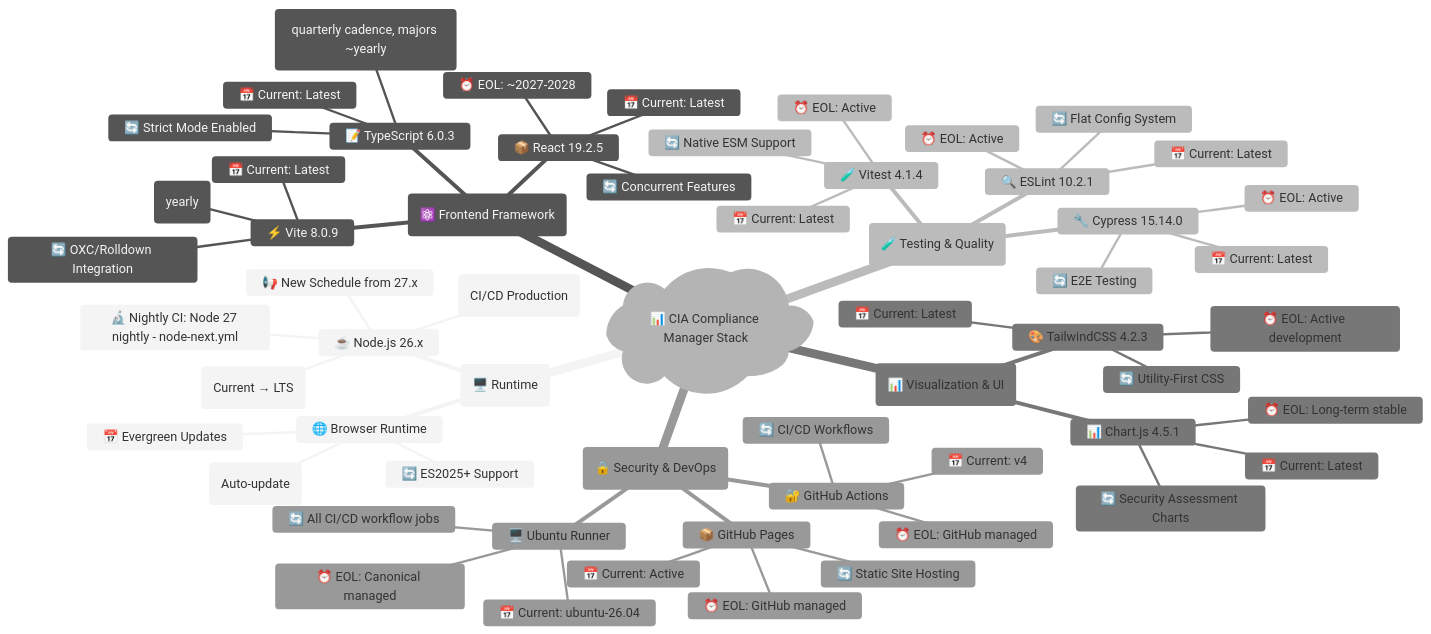
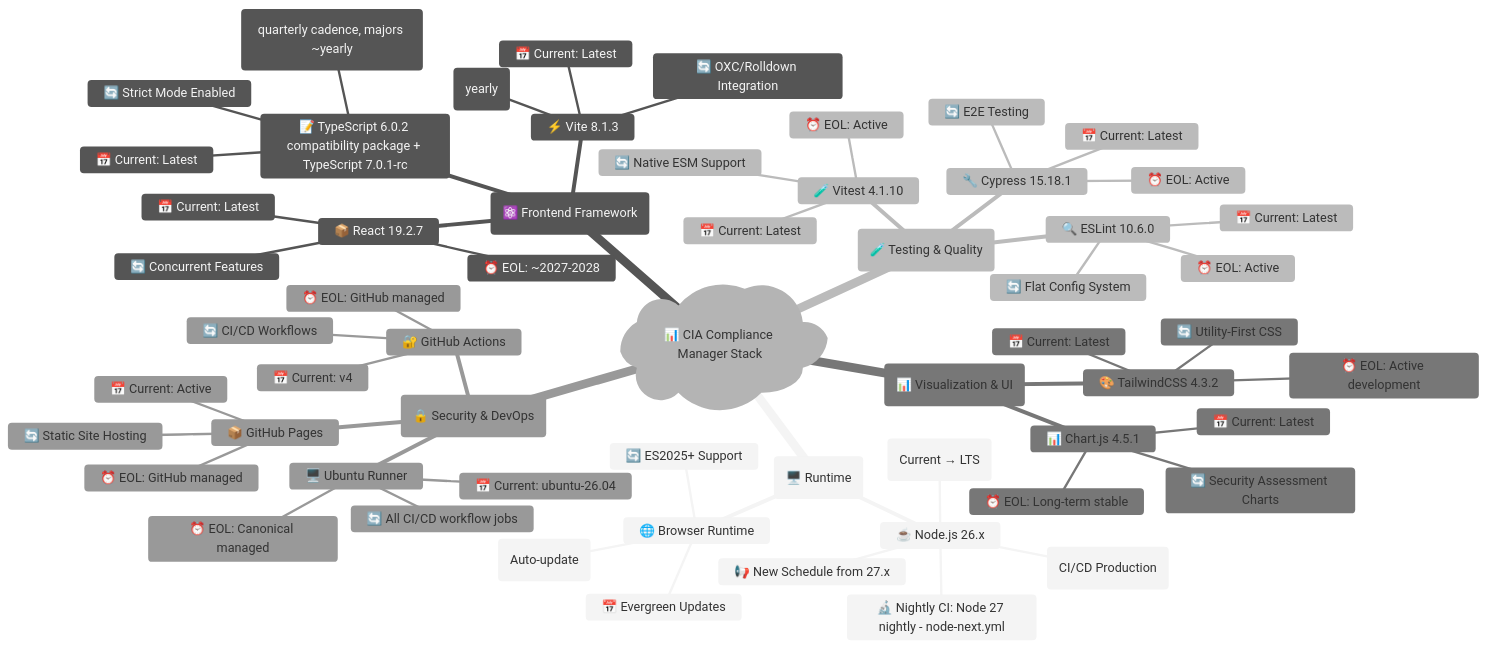
One commit to Hack23/cia-compliance-manager changed the first of 9 diagrams in docs/End-of-Life-Strategy.md. Above: the diagram before and after it, drawn with Mermaid. The commit also changed other lines of this file and 3 other files, not shown here.

Commit message:
Align TypeScript aliases with TS 7 RC toolchain

````diff
--- a/docs/End-of-Life-Strategy.md
+++ b/docs/End-of-Life-Strategy.md
@@ -51,63 +51,63 @@
 ```mermaid
 %%{init: {"theme": "neutral"}}%%
 mindmap
   root)📊 CIA Compliance Manager Stack(
     (🖥️ Runtime)
       ☕ Node.js 26.x
         📅 Current: 26.x (CI/CD Production)
         ⏰ Node 26 LTS: Oct 2026 (Current → LTS)
         🔬 Nightly CI: Node 27 nightly - node-next.yml
         📢 New Schedule from 27.x
       🌐 Browser Runtime
         📅 Evergreen Updates
         ⏰ EOL: N/A (Auto-update)
         🔄 ES2025+ Support
     (⚛️ Frontend Framework)
-      📦 React 19.2.5
+      📦 React 19.2.7
         📅 Current: Latest
         ⏰ EOL: ~2027-2028
         🔄 Concurrent Features
-      📝 TypeScript 6.0.3
+      📝 TypeScript 6.0.2 compatibility package + TypeScript 7.0.1-rc
         📅 Current: Latest
         ⏰ EOL: Active (quarterly cadence, majors ~yearly)
         🔄 Strict Mode Enabled
-      ⚡ Vite 8.0.9
+      ⚡ Vite 8.1.3
         📅 Current: Latest
         ⏰ EOL: Active (yearly)
         🔄 OXC/Rolldown Integration
     (🧪 Testing & Quality)
-      🧪 Vitest 4.1.4
+      🧪 Vitest 4.1.10
         📅 Current: Latest
         ⏰ EOL: Active
         🔄 Native ESM Support
-      🔧 Cypress 15.14.0
+      🔧 Cypress 15.18.1
         📅 Current: Latest
         ⏰ EOL: Active
         🔄 E2E Testing
-      🔍 ESLint 10.2.1
+      🔍 ESLint 10.6.0
         📅 Current: Latest
         ⏰ EOL: Active
         🔄 Flat Config System
     (📊 Visualization & UI)
       📊 Chart.js 4.5.1
         📅 Current: Latest
         ⏰ EOL: Long-term stable
         🔄 Security Assessment Charts
-      🎨 TailwindCSS 4.2.3
+      🎨 TailwindCSS 4.3.2
         📅 Current: Latest
         ⏰ EOL: Active development
         🔄 Utility-First CSS
     (🔒 Security & DevOps)
       🔐 GitHub Actions
         📅 Current: v4
         ⏰ EOL: GitHub managed
         🔄 CI/CD Workflows
       🖥️ Ubuntu Runner
         📅 Current: ubuntu-26.04
         ⏰ EOL: Canonical managed
         🔄 All CI/CD workflow jobs
       📦 GitHub Pages
         📅 Current: Active
         ⏰ EOL: GitHub managed
         🔄 Static Site Hosting
 ```
````
